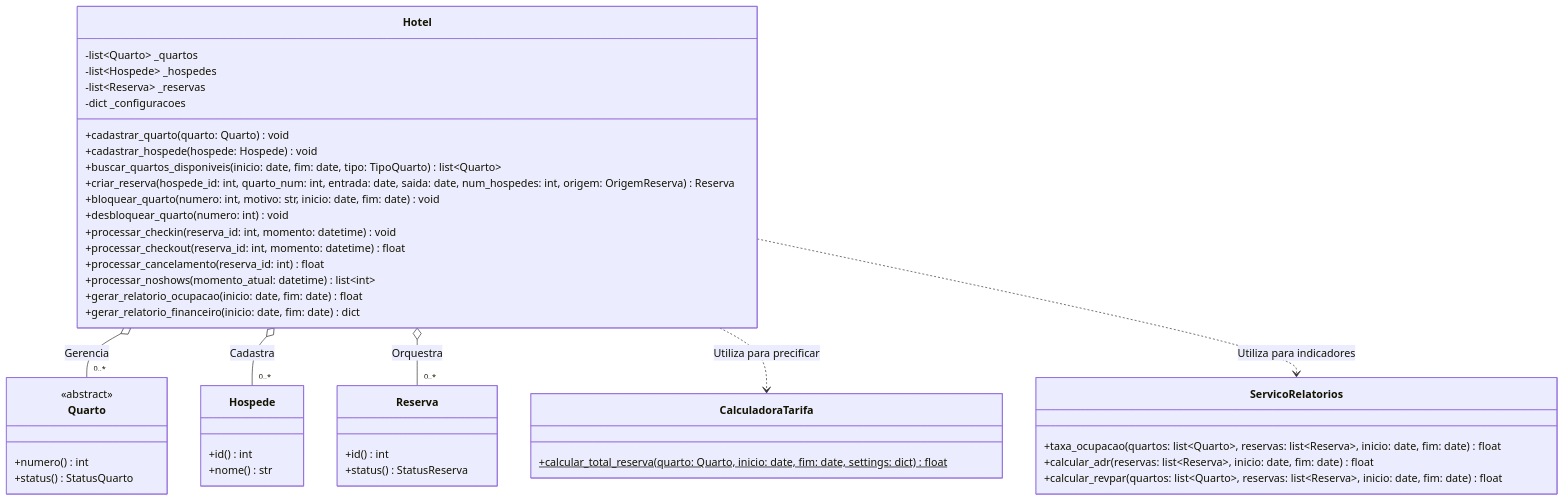
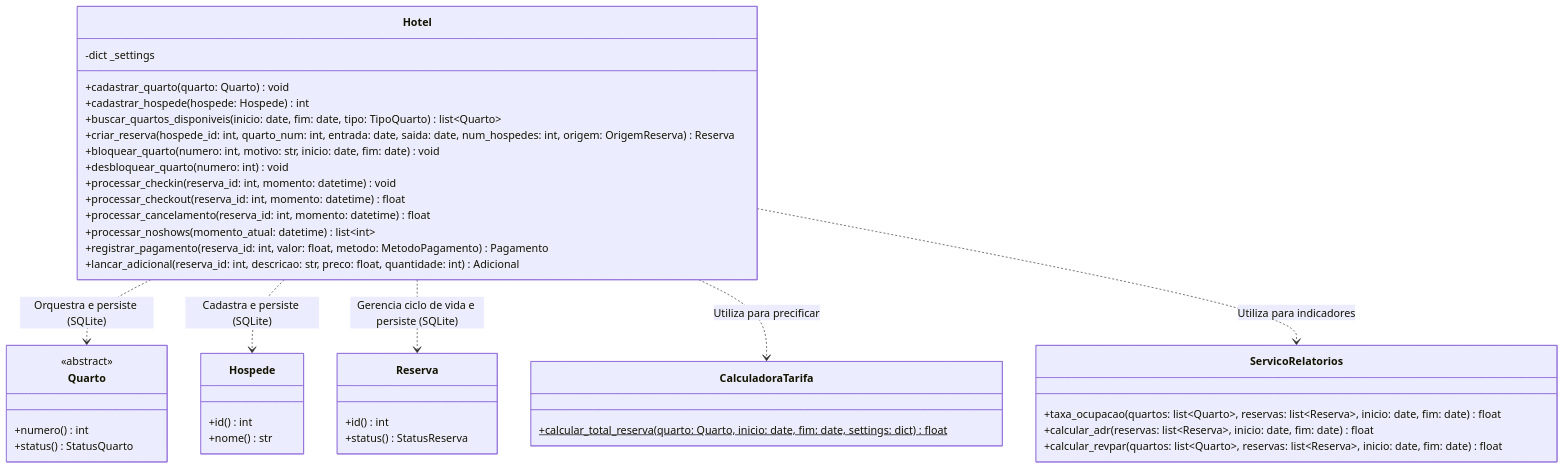
Diagram 18 of 23 in docs/uml_diagram.md (WandersonLobo/Sistema-de-Reserva-de-Hotel), drawn with Mermaid before and after one commit. The commit also changed other lines of this file and 1 other file, not shown here.

Commit message:
docs: update UML documentation to reflect class name changes from mixins to concrete classes

````diff
--- a/docs/uml_diagram.md
+++ b/docs/uml_diagram.md
@@ -732,55 +732,52 @@
 ```mermaid
 classDiagram
     %% Definição das Classes
     class Hotel {
-        -list~Quarto~ _quartos
-        -list~Hospede~ _hospedes
-        -list~Reserva~ _reservas
-        -dict _configuracoes
+        -dict _settings
         +cadastrar_quarto(quarto: Quarto) void
-        +cadastrar_hospede(hospede: Hospede) void
+        +cadastrar_hospede(hospede: Hospede) int
         +buscar_quartos_disponiveis(inicio: date, fim: date, tipo: TipoQuarto) list~Quarto~
         +criar_reserva(hospede_id: int, quarto_num: int, entrada: date, saida: date, num_hospedes: int, origem: OrigemReserva) Reserva
         +bloquear_quarto(numero: int, motivo: str, inicio: date, fim: date) void
         +desbloquear_quarto(numero: int) void
         +processar_checkin(reserva_id: int, momento: datetime) void
         +processar_checkout(reserva_id: int, momento: datetime) float
-        +processar_cancelamento(reserva_id: int) float
+        +processar_cancelamento(reserva_id: int, momento: datetime) float
         +processar_noshows(momento_atual: datetime) list~int~
-        +gerar_relatorio_ocupacao(inicio: date, fim: date) float
-        +gerar_relatorio_financeiro(inicio: date, fim: date) dict
+        +registrar_pagamento(reserva_id: int, valor: float, metodo: MetodoPagamento) Pagamento
+        +lancar_adicional(reserva_id: int, descricao: str, preco: float, quantidade: int) Adicional
     }
 
     class Quarto {
         <<abstract>>
         +numero() int
         +status() StatusQuarto
     }
 
     class Hospede {
         +id() int
         +nome() str
     }
 
     class Reserva {
         +id() int
         +status() StatusReserva
     }
 
     class CalculadoraTarifa {
         +calcular_total_reserva(quarto: Quarto, inicio: date, fim: date, settings: dict)$ float
     }
 
     class ServicoRelatorios {
         +taxa_ocupacao(quartos: list~Quarto~, reservas: list~Reserva~, inicio: date, fim: date) float
         +calcular_adr(reservas: list~Reserva~, inicio: date, fim: date) float
         +calcular_revpar(quartos: list~Quarto~, reservas: list~Reserva~, inicio: date, fim: date) float
     }
 
-    %% Relações de Agregação e Dependência
-    Hotel o-- "0..*" Quarto : Gerencia
-    Hotel o-- "0..*" Hospede : Cadastra
-    Hotel o-- "0..*" Reserva : Orquestra
+    %% Relações de Dependência e Orquestração
+    Hotel ..> Quarto : Orquestra e persiste (SQLite)
+    Hotel ..> Hospede : Cadastra e persiste (SQLite)
+    Hotel ..> Reserva : Gerencia ciclo de vida e persiste (SQLite)
     Hotel ..> CalculadoraTarifa : Utiliza para precificar
     Hotel ..> ServicoRelatorios : Utiliza para indicadores
 ```
````
